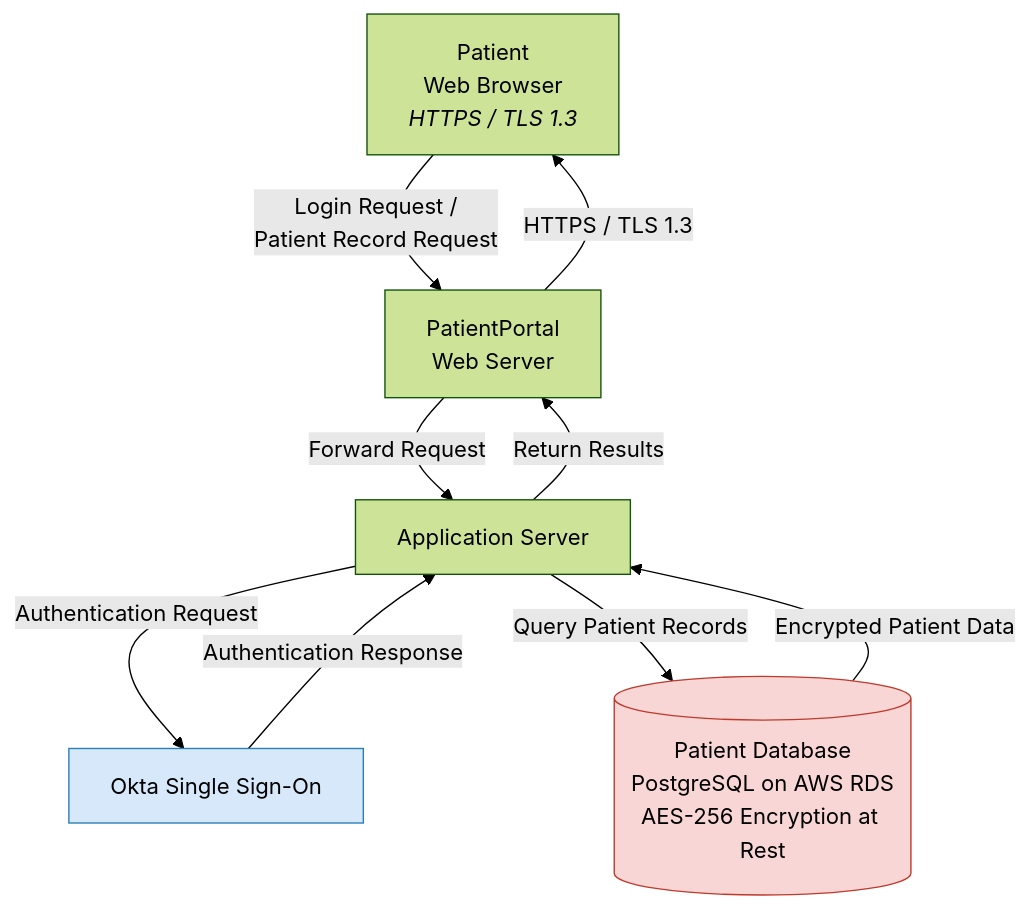
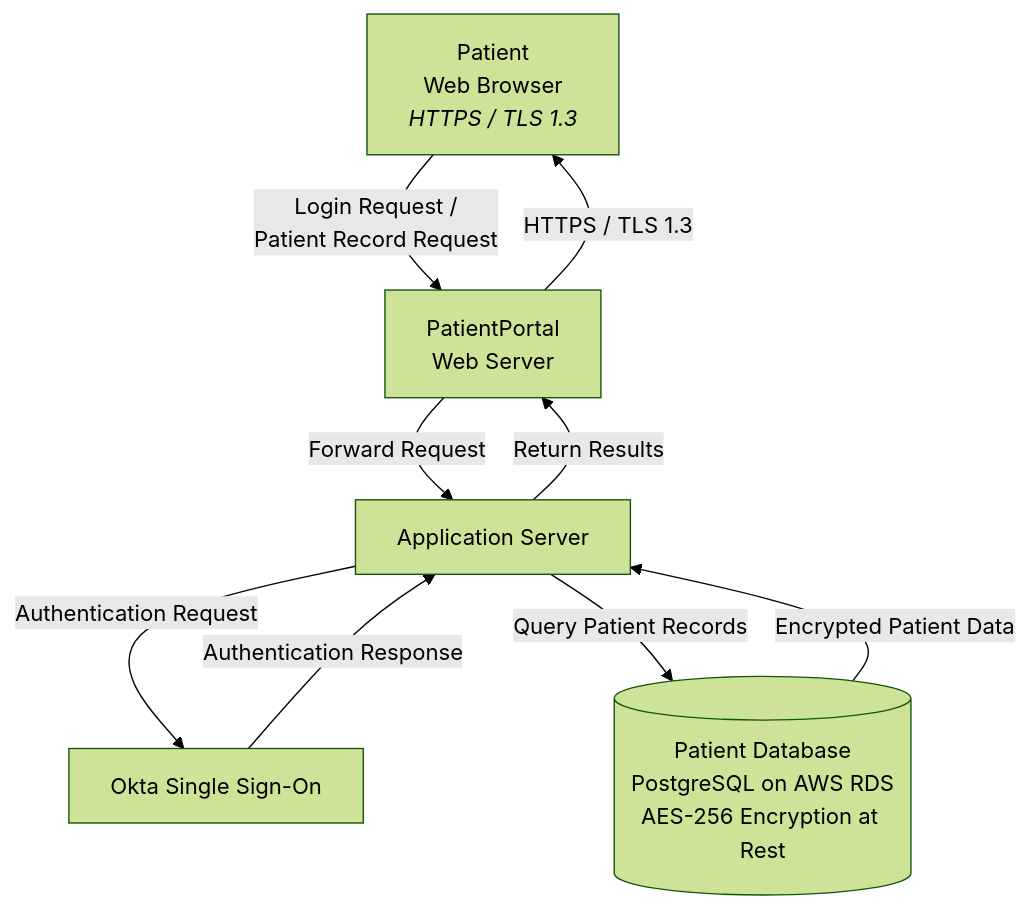
Before and after one commit to IlogbeneJohn/Patientportal-NIST-RMF-Package: the second of 2 diagrams in Diagrams/Data-Flow-Diagram.md, drawn with Mermaid (forest theme).

````diff
--- a/Diagrams/Data-Flow-Diagram.md
+++ b/Diagrams/Data-Flow-Diagram.md
@@ -33,14 +33,13 @@
 ```mermaid
 flowchart TB
     A[Patient<br/>Web Browser<br/><i>HTTPS / TLS 1.3</i>] -->|"Login Request /<br/>Patient Record Request"| B[PatientPortal<br/>Web Server]
     B -->|Forward Request| C[Application Server]
     C -->|Authentication Request| D[Okta Single Sign-On]
     D -->|Authentication Response| C
     C -->|Query Patient Records| E[("Patient Database<br/>PostgreSQL on AWS RDS<br/>AES-256 Encryption at Rest")]
     E -->|Encrypted Patient Data| C
     C -->|Return Results| B
     B -->|HTTPS / TLS 1.3| A
 
-    style E fill:#f9d6d6,stroke:#c0392b
-    style D fill:#d6e8f9,stroke:#2980b9
+
 ```
````
